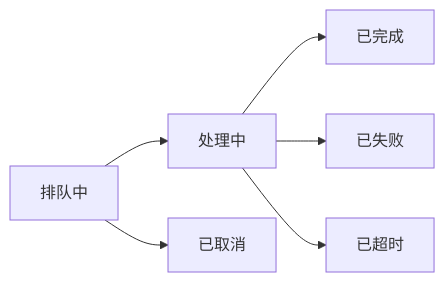
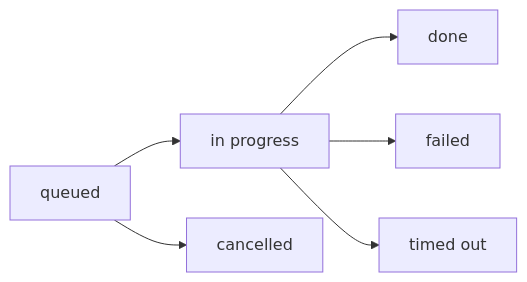
Before and after one commit to Nexus-Aethra/Nexus-Shell: the third of 5 diagrams in README.md, drawn with Mermaid. The commit also changed other lines of this file and 2 other files, not shown here.

````diff
--- a/README.md
+++ b/README.md
@@ -201,7 +215,7 @@
 ```mermaid
 flowchart LR
-  Q["排队中"] --> P["处理中"] --> D["已完成"]
-  P --> F["已失败"]
-  P --> T["已超时"]
-  Q --> X["已取消"]
+  Q["queued"] --> P["in progress"] --> D["done"]
+  P --> F["failed"]
+  P --> T["timed out"]
+  Q --> X["cancelled"]
 ```
````
